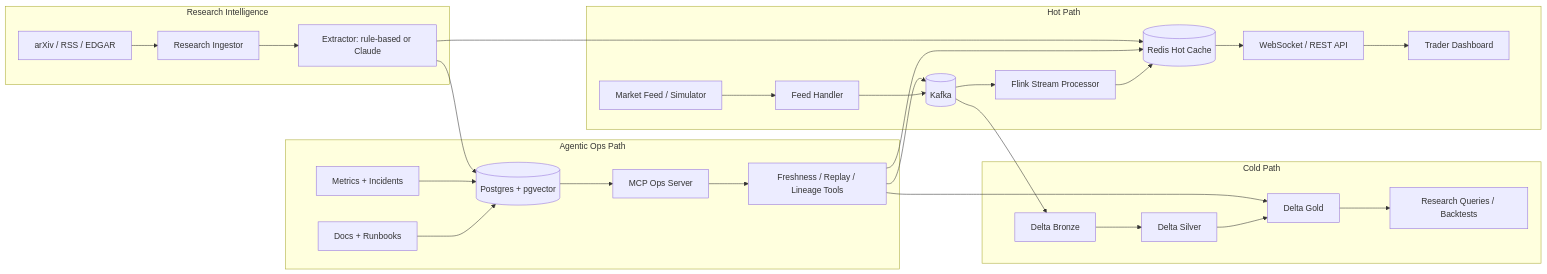
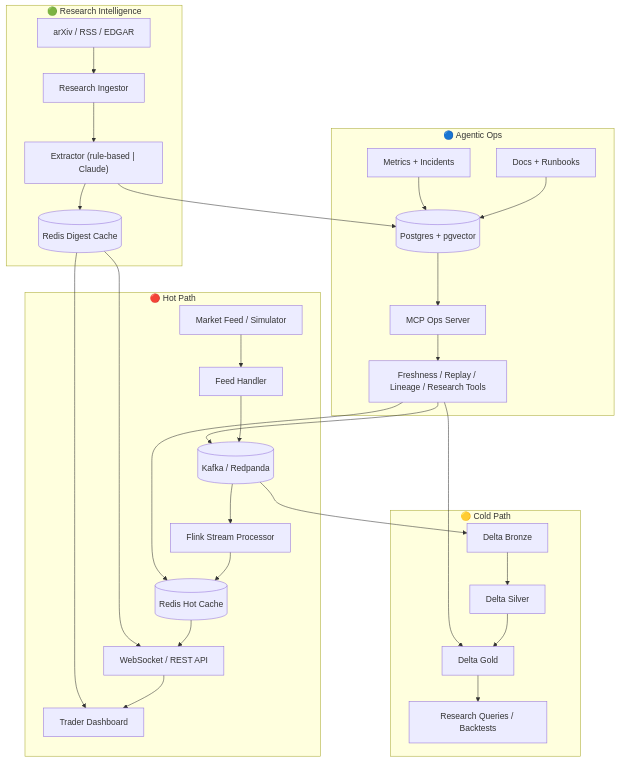
Before and after one commit to tkhahns/Low-Latency-Market-Data-Research-Platform: the diagram in README.md, drawn with Mermaid. The commit also changed other lines of this file, not shown here.

Commit message:
README: rename Target Architecture → Architecture, vertical diagram, updated intro
- "Target Architecture" → "Architecture" — the platform is built, not planned
- flowchart LR → flowchart TD for vertical top-down layout
- Color-coded subgraphs (hot/cold/ops/research) for scan-ability
- Research Digest Cache node explicit with arrow to API + UI
- Tools subgraph shows all four tool categories including research
- Intro bullet list updated to four layers with brief capability summaries

https://claude.ai/code/session_01RvcgsZFYVwXoaKphJRHpjX

````diff
--- a/README.md
+++ b/README.md
@@ -11,47 +12,49 @@
 ```mermaid
-flowchart LR
-    subgraph Hot Path
+flowchart TD
+    subgraph HOT["🔴 Hot Path"]
         Feed[Market Feed / Simulator]
         Handler[Feed Handler]
-        Kafka[(Kafka)]
+        Kafka[(Kafka / Redpanda)]
         Flink[Flink Stream Processor]
         Redis[(Redis Hot Cache)]
         API[WebSocket / REST API]
         UI[Trader Dashboard]
 
         Feed --> Handler --> Kafka --> Flink --> Redis --> API --> UI
     end
 
-    subgraph Cold Path
+    subgraph COLD["🟡 Cold Path"]
         Kafka --> Bronze[Delta Bronze]
         Bronze --> Silver[Delta Silver]
         Silver --> Gold[Delta Gold]
-        Gold --> Research[Research Queries / Backtests]
+        Gold --> Backtests[Research Queries / Backtests]
     end
 
-    subgraph Agentic Ops Path
+    subgraph OPS["🔵 Agentic Ops"]
         Docs[Docs + Runbooks]
         Metrics[Metrics + Incidents]
         Vector[(Postgres + pgvector)]
         MCP[MCP Ops Server]
-        Tools[Freshness / Replay / Lineage Tools]
+        Tools[Freshness / Replay / Lineage / Research Tools]
 
         Docs --> Vector
         Metrics --> Vector
-        Vector --> MCP
-        MCP --> Tools
+        Vector --> MCP --> Tools
         Tools --> Kafka
         Tools --> Redis
         Tools --> Gold
     end
 
-    subgraph Research Intelligence
+    subgraph RESEARCH["🟢 Research Intelligence"]
         Sources[arXiv / RSS / EDGAR]
         Ingestor[Research Ingestor]
-        Extract[Extractor: rule-based or Claude]
+        Extract["Extractor (rule-based | Claude)"]
+        Digest[(Redis Digest Cache)]
 
         Sources --> Ingestor --> Extract
         Extract --> Vector
-        Extract --> Redis
+        Extract --> Digest
+        Digest --> API
+        Digest --> UI
     end
 ```
````
